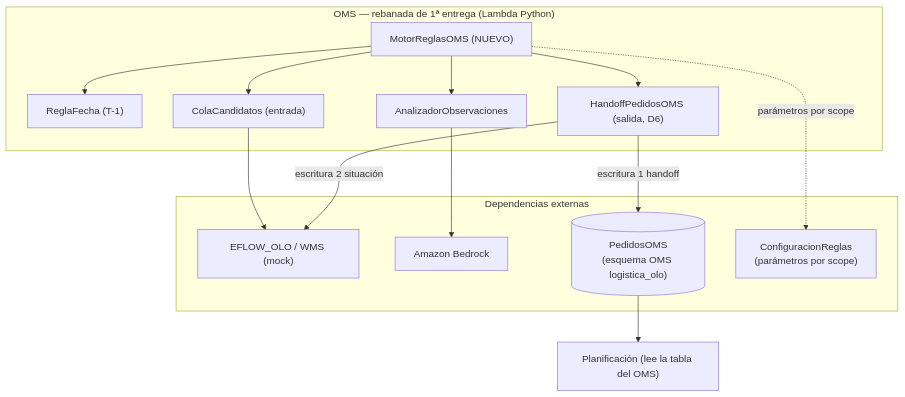
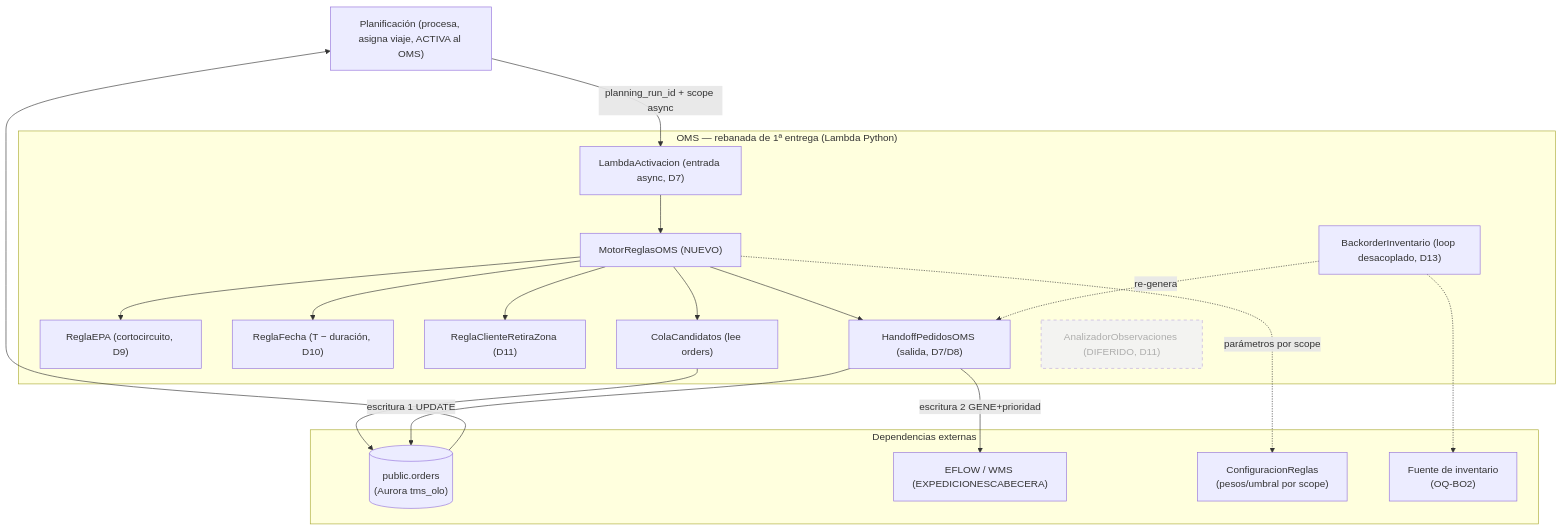
One commit to JeanCaOLO/sto_tms_olo changed the diagram in aidlc/spaces/default/intents/260826-modulo-oms/inception/domain-design/components.md. Above: the diagram before and after it, drawn with Mermaid. The commit also changed other lines of this file and 44 other files, not shown here.

First line of the commit message:
docs(oms): reconciliar U1 motor-reglas al contrato v4 y deprecar wms_trip_number

````diff
--- a/aidlc/spaces/default/intents/260826-modulo-oms/inception/domain-design/components.md
+++ b/aidlc/spaces/default/intents/260826-modulo-oms/inception/domain-design/components.md
@@ -228,30 +377,39 @@
 ```mermaid
 flowchart TD
+  plan["Planificación (procesa, asigna viaje, ACTIVA al OMS)"]
+
   subgraph oms["OMS — rebanada de 1ª entrega (Lambda Python)"]
+    activa["LambdaActivacion (entrada async, D7)"]
     motor["MotorReglasOMS (NUEVO)"]
-    rfecha["ReglaFecha (T-1)"]
-    robs["AnalizadorObservaciones"]
-    cola["ColaCandidatos (entrada)"]
-    handoff["HandoffPedidosOMS (salida, D6)"]
+    repa["ReglaEPA (cortocircuito, D9)"]
+    rfecha["ReglaFecha (T − duración, D10)"]
+    rzona["ReglaClienteRetiraZona (D11)"]
+    cola["ColaCandidatos (lee orders)"]
+    handoff["HandoffPedidosOMS (salida, D7/D8)"]
+    backorder["BackorderInventario (loop desacoplado, D13)"]
+    robs["AnalizadorObservaciones (DIFERIDO, D11)"]:::deferred
   end
 
   subgraph ext["Dependencias externas"]
-    eflow["EFLOW_OLO / WMS (mock)"]
-    bedrock["Amazon Bedrock"]
-    pedidosoms[("PedidosOMS\n(esquema OMS logistica_olo)")]
-    cfg["ConfiguracionReglas\n(parámetros por scope)"]
+    orders[("public.orders\n(Aurora tms_olo)")]
+    eflow["EFLOW / WMS (EXPEDICIONESCABECERA)"]
+    cfg["ConfiguracionReglas\n(pesos/umbral por scope)"]
+    inv["Fuente de inventario\n(OQ-BO2)"]
   end
 
-  plan["Planificación (lee la tabla del OMS)"]
-
+  plan -->|planning_run_id + scope async| activa
+  activa --> motor
   motor --> cola
+  motor --> repa
   motor --> rfecha
-  motor --> robs
+  motor --> rzona
   motor --> handoff
   motor -. parámetros por scope .-> cfg
-  cola --> eflow
-  robs --> bedrock
-  handoff -->|escritura 1 handoff| pedidosoms
-  handoff -->|escritura 2 situación| eflow
-  pedidosoms --> plan
+  cola --> orders
+  handoff -->|escritura 1 UPDATE| orders
+  handoff -->|escritura 2 GENE+prioridad| eflow
+  orders --> plan
+  backorder -. re-genera .-> handoff
+  backorder -.-> inv
+  classDef deferred stroke-dasharray: 5 5,opacity:0.6
 ```
````
